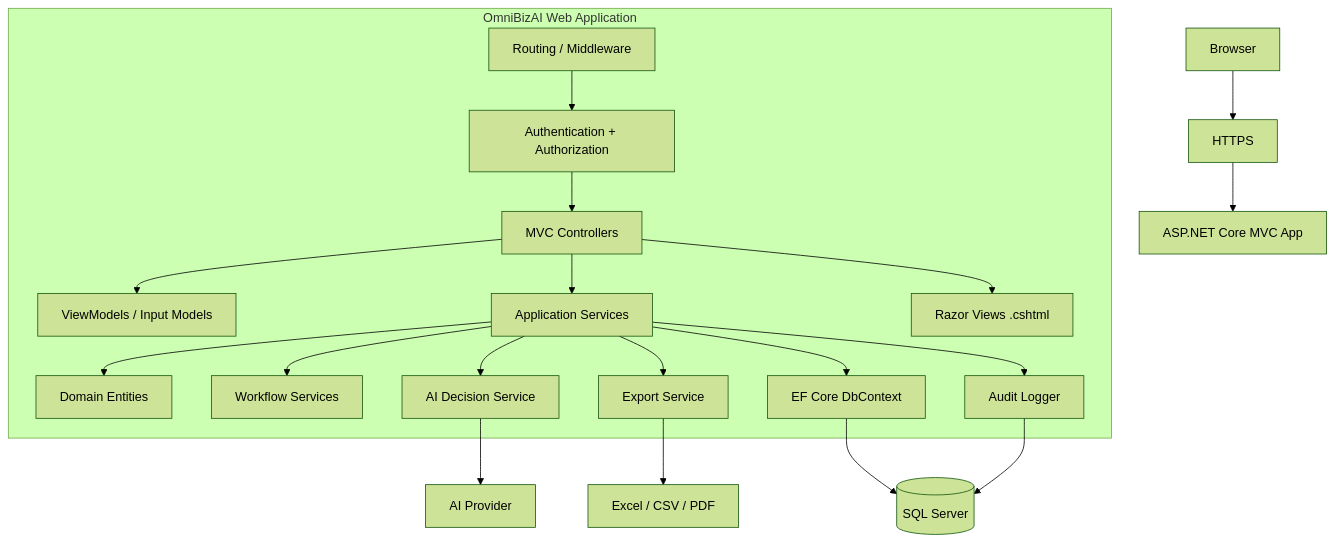
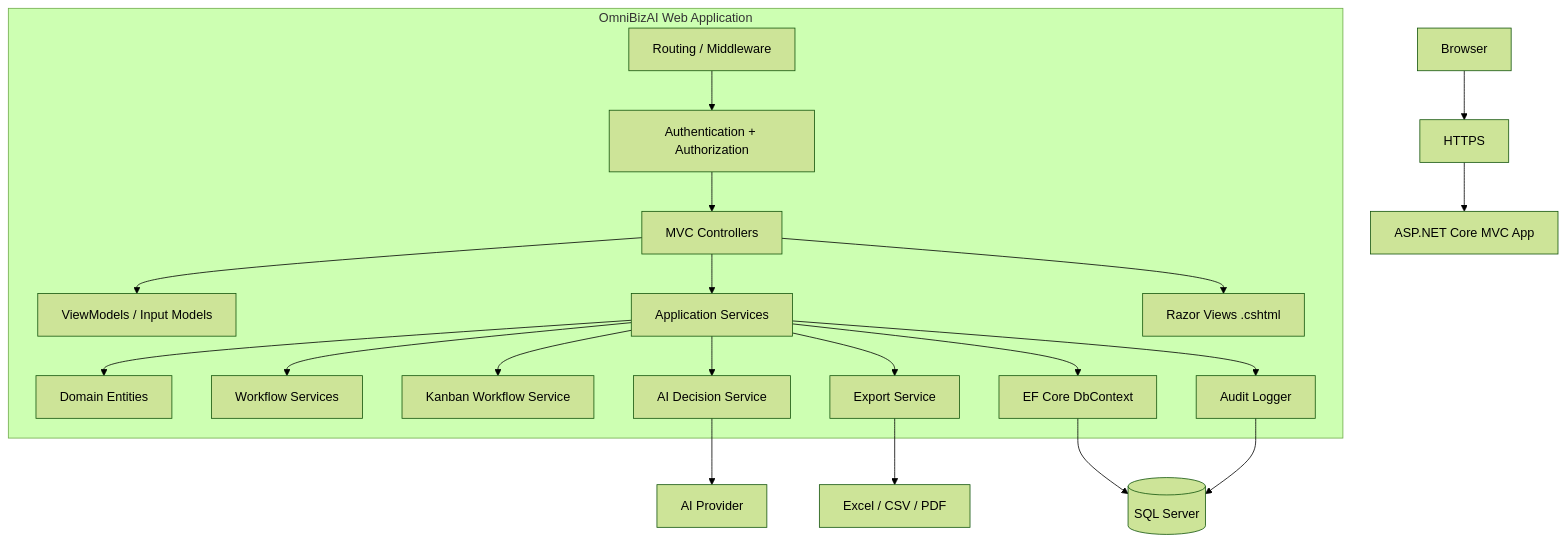
The second of 11 diagrams in docs/05-System-Design-and-Diagrams.md (quanptatb/OmniBizAI), drawn with Mermaid (forest theme) before and after one commit. The commit also changed other lines of this file and 15 other files, not shown here.

Commit message:
feat: implement workflow operations module with Kanban board, task details, and approval tracking

````diff
--- a/docs/05-System-Design-and-Diagrams.md
+++ b/docs/05-System-Design-and-Diagrams.md
@@ -50,24 +52,25 @@
 ```mermaid
 flowchart TB
     Browser["Browser"] --> HTTPS["HTTPS"]
     HTTPS --> MVC["ASP.NET Core MVC App"]
 
     subgraph App["OmniBizAI Web Application"]
         Routing["Routing / Middleware"] --> Auth["Authentication + Authorization"]
         Auth --> Controller["MVC Controllers"]
         Controller --> ViewModel["ViewModels / Input Models"]
         Controller --> Service["Application Services"]
         Service --> Domain["Domain Entities"]
         Service --> Workflow["Workflow Services"]
+        Service --> KanbanService["Kanban Workflow Service"]
         Service --> AiService["AI Decision Service"]
         Service --> Export["Export Service"]
         Service --> Audit["Audit Logger"]
         Service --> DbContext["EF Core DbContext"]
         Controller --> Razor["Razor Views .cshtml"]
     end
 
     DbContext --> SQL[("SQL Server")]
     AiService --> Provider["AI Provider"]
     Export --> Files["Excel / CSV / PDF"]
     Audit --> SQL
 ```
````
